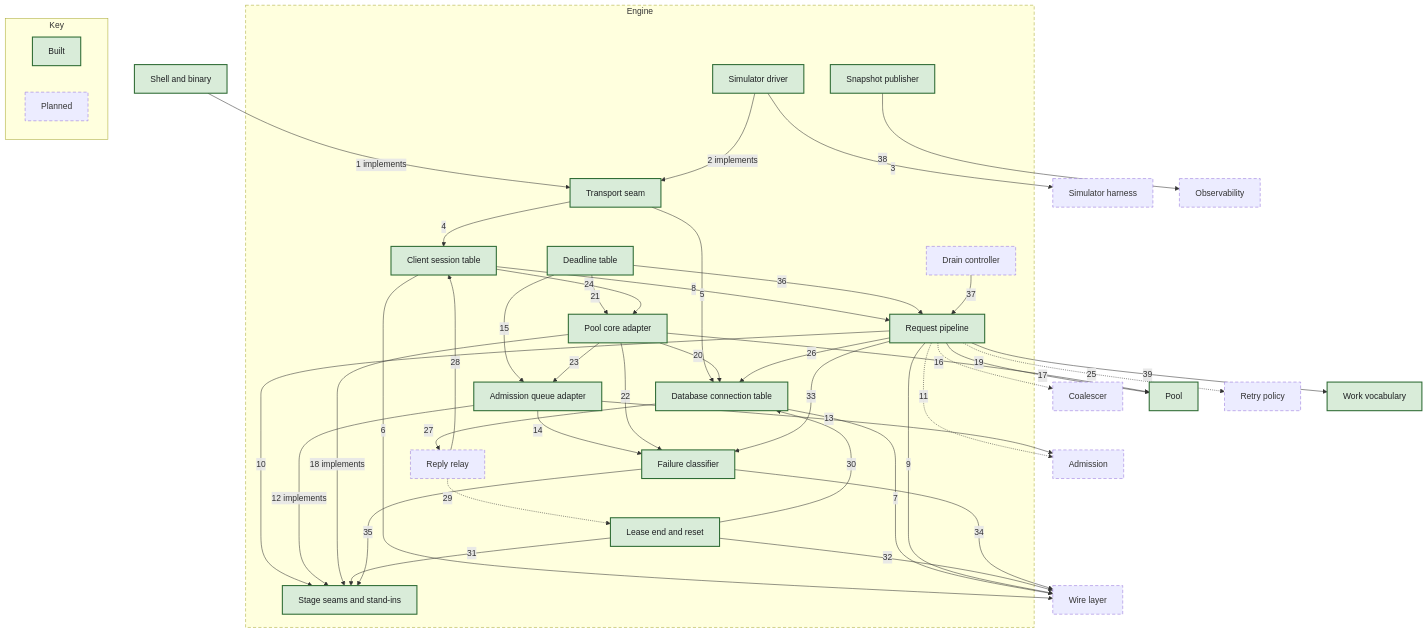
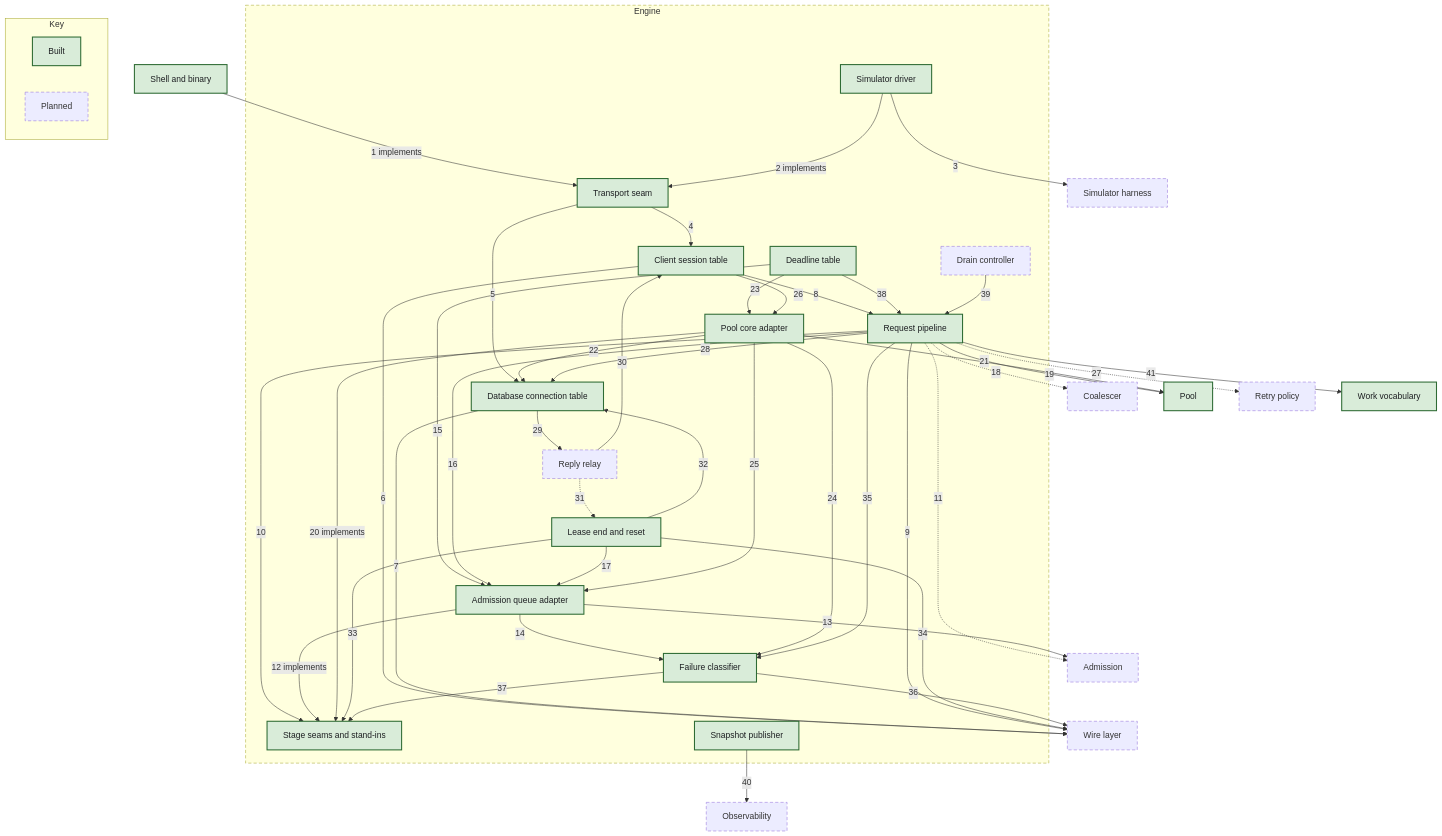
The diagram in docs/c4/diagrams/05-component-engine.mmd (nickstrad/mini-gateway), drawn with Mermaid before and after one commit. The commit also changed 16 other files, not shown here.

```diff
--- a/docs/c4/diagrams/05-component-engine.mmd
+++ b/docs/c4/diagrams/05-component-engine.mmd
@@ -1,72 +1,74 @@
 flowchart TB
   N_SHELL["Shell and binary"]:::built
   N_SIM["Simulator harness"]:::planned
   N_PGWIRE["Wire layer"]:::planned
   N_ADM["Admission"]:::planned
   N_COAL["Coalescer"]:::planned
   N_POOL["Pool"]:::built
   N_RETRY["Retry policy"]:::planned
   N_OBS["Observability"]:::planned
   N_WORK["Work vocabulary"]:::built
   subgraph SCOPE["Engine"]
     E_TRANSPORT["Transport seam"]:::built
     E_SESSIONS["Client session table"]:::built
     E_BACKENDS["Database connection table"]:::built
     E_PIPELINE["Request pipeline"]:::built
     E_SEAMS["Stage seams and stand-ins"]:::built
     E_RESET["Lease end and reset"]:::built
     E_RELAY["Reply relay"]:::planned
     E_FAIL["Failure classifier"]:::built
     E_CLOCK["Deadline table"]:::built
     E_DRAIN["Drain controller"]:::planned
     E_PUBLISH["Snapshot publisher"]:::built
     E_PROXYSIM["Simulator driver"]:::built
     E_ADMQ["Admission queue adapter"]:::built
     E_COREPOOL["Pool core adapter"]:::built
   end
   N_SHELL -->|1 implements| E_TRANSPORT
   E_PROXYSIM -->|2 implements| E_TRANSPORT
   E_PROXYSIM -->|3| N_SIM
   E_TRANSPORT -->|4| E_SESSIONS
   E_TRANSPORT -->|5| E_BACKENDS
   E_SESSIONS -->|6| N_PGWIRE
   E_BACKENDS -->|7| N_PGWIRE
   E_SESSIONS -->|8| E_PIPELINE
   E_PIPELINE -->|9| N_PGWIRE
   E_PIPELINE -->|10| E_SEAMS
   E_PIPELINE -.->|11| N_ADM
   E_ADMQ -->|12 implements| E_SEAMS
   E_ADMQ -->|13| N_ADM
   E_ADMQ -->|14| E_FAIL
   E_CLOCK -->|15| E_ADMQ
-  E_PIPELINE -.->|16| N_COAL
-  E_PIPELINE -->|17| N_POOL
-  E_COREPOOL -->|18 implements| E_SEAMS
-  E_COREPOOL -->|19| N_POOL
-  E_COREPOOL -->|20| E_BACKENDS
-  E_CLOCK -->|21| E_COREPOOL
-  E_COREPOOL -->|22| E_FAIL
-  E_COREPOOL -->|23| E_ADMQ
-  E_SESSIONS -->|24| E_COREPOOL
-  E_PIPELINE -.->|25| N_RETRY
-  E_PIPELINE -->|26| E_BACKENDS
-  E_BACKENDS -->|27| E_RELAY
-  E_RELAY -->|28| E_SESSIONS
-  E_RELAY -.->|29| E_RESET
-  E_RESET -->|30| E_BACKENDS
-  E_RESET -->|31| E_SEAMS
-  E_RESET -->|32| N_PGWIRE
-  E_PIPELINE -->|33| E_FAIL
-  E_FAIL -->|34| N_PGWIRE
-  E_FAIL -->|35| E_SEAMS
-  E_CLOCK -->|36| E_PIPELINE
-  E_DRAIN -->|37| E_PIPELINE
-  E_PUBLISH -->|38| N_OBS
-  E_PIPELINE -->|39| N_WORK
+  E_PIPELINE -->|16| E_ADMQ
+  E_RESET -->|17| E_ADMQ
+  E_PIPELINE -.->|18| N_COAL
+  E_PIPELINE -->|19| N_POOL
+  E_COREPOOL -->|20 implements| E_SEAMS
+  E_COREPOOL -->|21| N_POOL
+  E_COREPOOL -->|22| E_BACKENDS
+  E_CLOCK -->|23| E_COREPOOL
+  E_COREPOOL -->|24| E_FAIL
+  E_COREPOOL -->|25| E_ADMQ
+  E_SESSIONS -->|26| E_COREPOOL
+  E_PIPELINE -.->|27| N_RETRY
+  E_PIPELINE -->|28| E_BACKENDS
+  E_BACKENDS -->|29| E_RELAY
+  E_RELAY -->|30| E_SESSIONS
+  E_RELAY -.->|31| E_RESET
+  E_RESET -->|32| E_BACKENDS
+  E_RESET -->|33| E_SEAMS
+  E_RESET -->|34| N_PGWIRE
+  E_PIPELINE -->|35| E_FAIL
+  E_FAIL -->|36| N_PGWIRE
+  E_FAIL -->|37| E_SEAMS
+  E_CLOCK -->|38| E_PIPELINE
+  E_DRAIN -->|39| E_PIPELINE
+  E_PUBLISH -->|40| N_OBS
+  E_PIPELINE -->|41| N_WORK
   subgraph KEY["Key"]
     KEY_BUILT["Built"]:::built
     KEY_PLANNED["Planned"]:::planned
   end
   classDef built fill:#d9ecd9,stroke:#2e6b34,stroke-width:2px,color:#1c1e21
   classDef planned stroke-width:1px,stroke-dasharray:6 4
   style SCOPE stroke-dasharray:6 4
```
